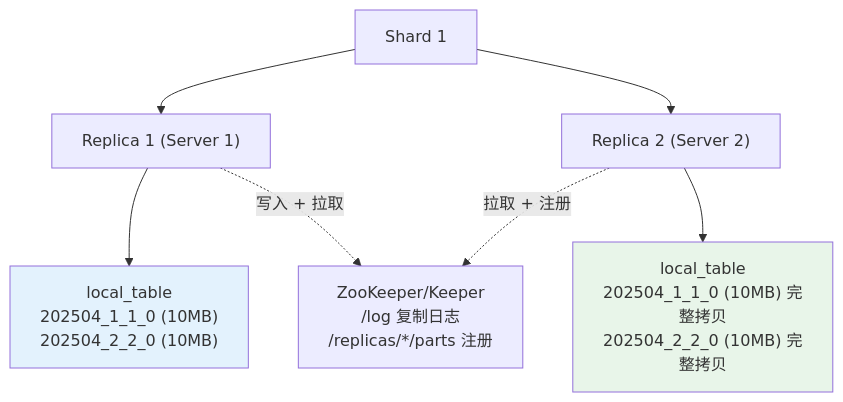
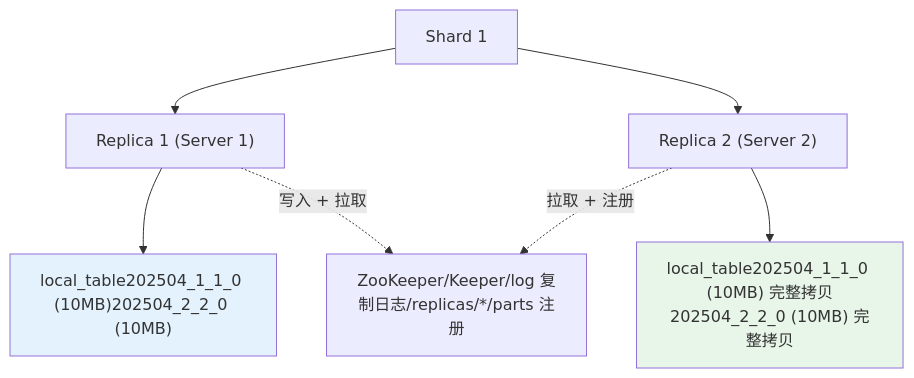
One commit to carlvinhust2012/MyStudy changed the fifth of 11 diagrams in Database/ClickHouse/clickhouse的分布式部署分析.md. Above: the diagram before and after it, drawn with Mermaid. The commit also changed other lines of this file, not shown here.

````diff
--- a/Database/ClickHouse/clickhouse的分布式部署分析.md
+++ b/Database/ClickHouse/clickhouse的分布式部署分析.md
@@ -229,17 +229,17 @@
 ```mermaid
 flowchart TB
     Shard["Shard 1"]
     Shard --> R1["Replica 1 (Server 1)"]
     Shard --> R2["Replica 2 (Server 2)"]
 
-    R1 --> P1["local_table<br/>202504_1_1_0 (10MB)<br/>202504_2_2_0 (10MB)"]
-    R2 --> P2["local_table<br/>202504_1_1_0 (10MB) 完整拷贝<br/>202504_2_2_0 (10MB) 完整拷贝"]
+    R1 --> P1["local_table202504_1_1_0 (10MB)202504_2_2_0 (10MB)"]
+    R2 --> P2["local_table202504_1_1_0 (10MB) 完整拷贝202504_2_2_0 (10MB) 完整拷贝"]
 
-    ZK["ZooKeeper/Keeper<br/>/log 复制日志<br/>/replicas/*/parts 注册"]
+    ZK["ZooKeeper/Keeper/log 复制日志/replicas/*/parts 注册"]
 
     R1 -.->|"写入 + 拉取"| ZK
     R2 -.->|"拉取 + 注册"| ZK
 
     style P1 fill:#E3F2FD
     style P2 fill:#E8F5E9
 ```
````
